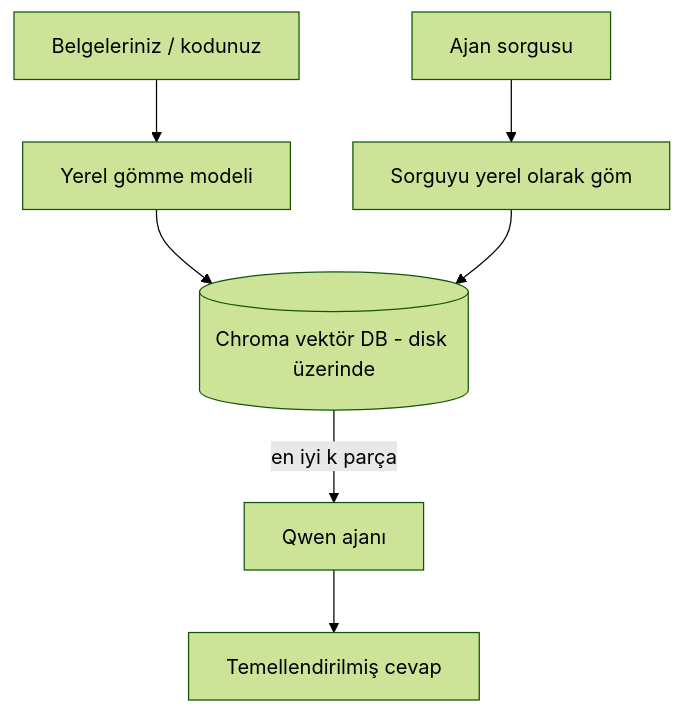
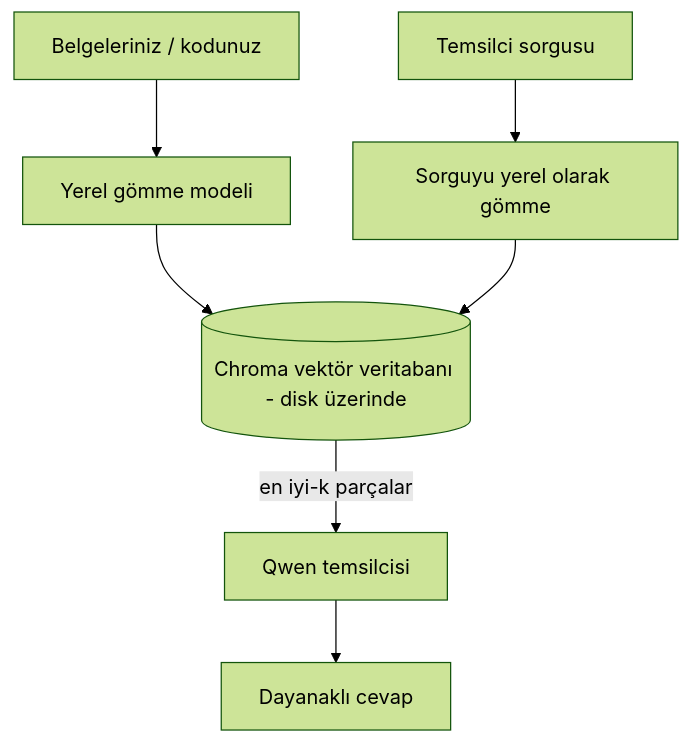
One commit to microsoft/ai-agents-for-beginners changed the third of 4 diagrams in translations/tr/17-creating-local-ai-agents/README.md. Above: the diagram before and after it, drawn with Mermaid (forest theme). The commit also changed other lines of this file and 47 other files, not shown here.

````diff
--- a/translations/tr/17-creating-local-ai-agents/README.md
+++ b/translations/tr/17-creating-local-ai-agents/README.md
@@ -125,9 +125,9 @@
 ```mermaid
 flowchart TB
     D[Belgeleriniz / kodunuz] --> E[Yerel gömme modeli]
-    E --> V[(Chroma vektör DB - disk üzerinde)]
-    Q[Ajan sorgusu] --> QE[Sorguyu yerel olarak göm]
+    E --> V[(Chroma vektör veritabanı - disk üzerinde)]
+    Q[Temsilci sorgusu] --> QE[Sorguyu yerel olarak gömme]
     QE --> V
-    V -->|en iyi k parça| A[Qwen ajanı]
-    A --> Ans[Temellendirilmiş cevap]
+    V -->|en iyi-k parçalar| A[Qwen temsilcisi]
+    A --> Ans[Dayanaklı cevap]
 ```
````
